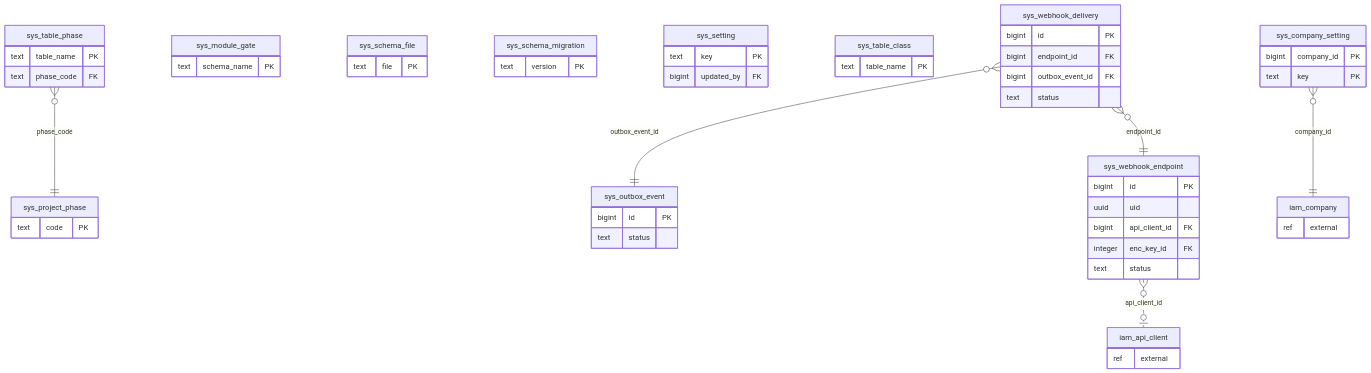
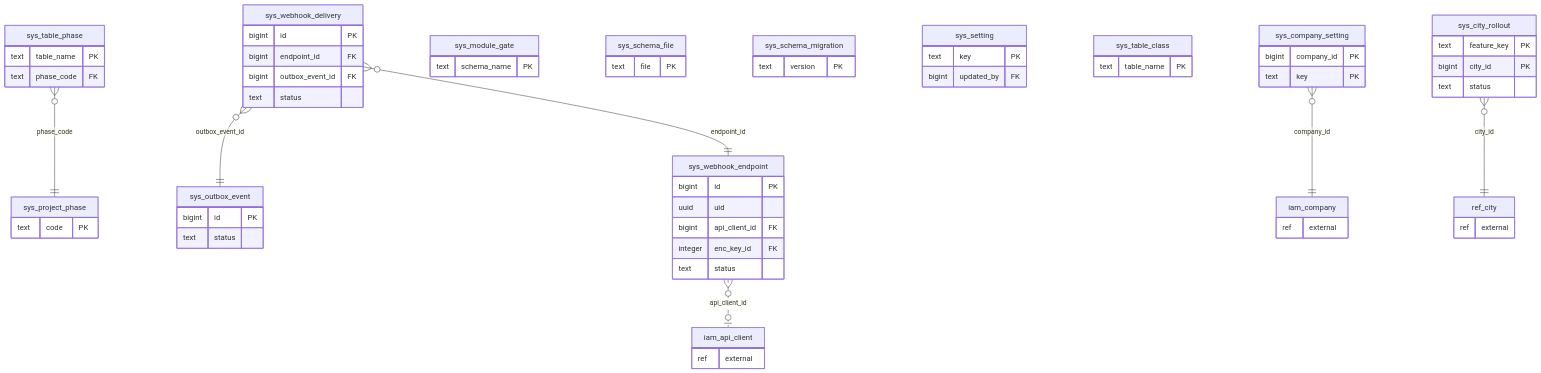
The fourth of 25 diagrams in db/ERD.md (thawrasy/smartlines), drawn with Mermaid before and after one commit. The commit also changed other lines of this file and 16 other files, not shown here.

````diff
--- a/db/ERD.md
+++ b/db/ERD.md
@@ -553,58 +554,67 @@
 ```mermaid
 erDiagram
+  sys_city_rollout {
+    text feature_key PK
+    bigint city_id PK
+    text status
+  }
   sys_company_setting {
     bigint company_id PK
     text key PK
   }
   sys_module_gate {
     text schema_name PK
   }
   sys_outbox_event {
     bigint id PK
     text status
   }
   sys_project_phase {
     text code PK
   }
   sys_schema_file {
     text file PK
   }
   sys_schema_migration {
     text version PK
   }
   sys_setting {
     text key PK
     bigint updated_by FK
   }
   sys_table_class {
     text table_name PK
   }
   sys_table_phase {
     text table_name PK
     text phase_code FK
   }
   sys_webhook_delivery {
     bigint id PK
     bigint endpoint_id FK
     bigint outbox_event_id FK
     text status
   }
   sys_webhook_endpoint {
     bigint id PK
     uuid uid
     bigint api_client_id FK
     integer enc_key_id FK
     text status
   }
   iam_api_client {
     ref external
   }
   iam_company {
     ref external
   }
+  ref_city {
+    ref external
+  }
   sys_webhook_endpoint }o..o| iam_api_client : "api_client_id"
   sys_company_setting }o--|| iam_company : "company_id"
+  sys_city_rollout }o--|| ref_city : "city_id"
   sys_webhook_delivery }o--|| sys_outbox_event : "outbox_event_id"
   sys_table_phase }o--|| sys_project_phase : "phase_code"
   sys_webhook_delivery }o--|| sys_webhook_endpoint : "endpoint_id"
 ```
````
